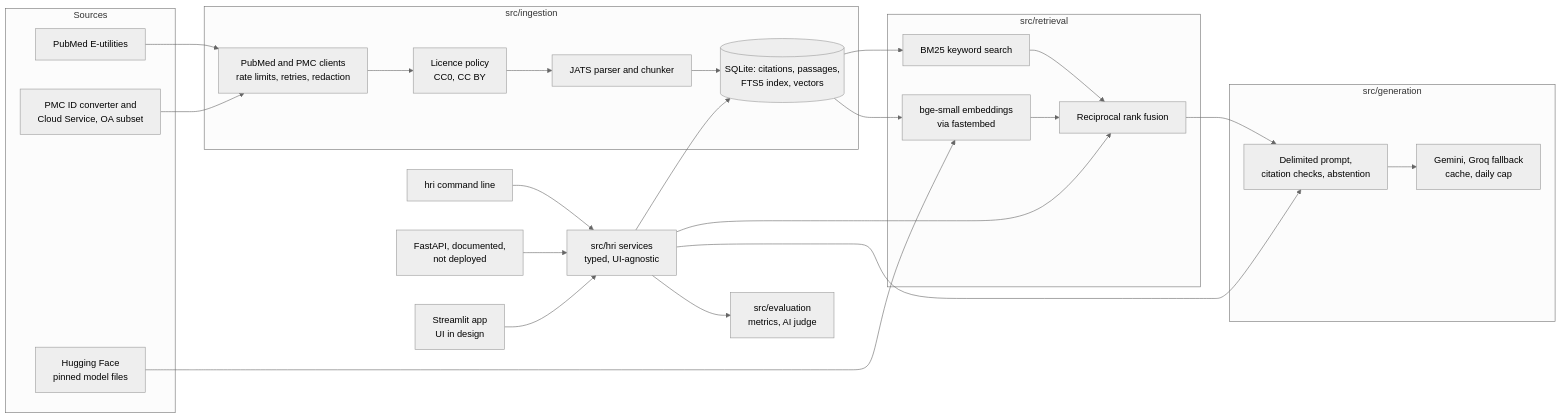
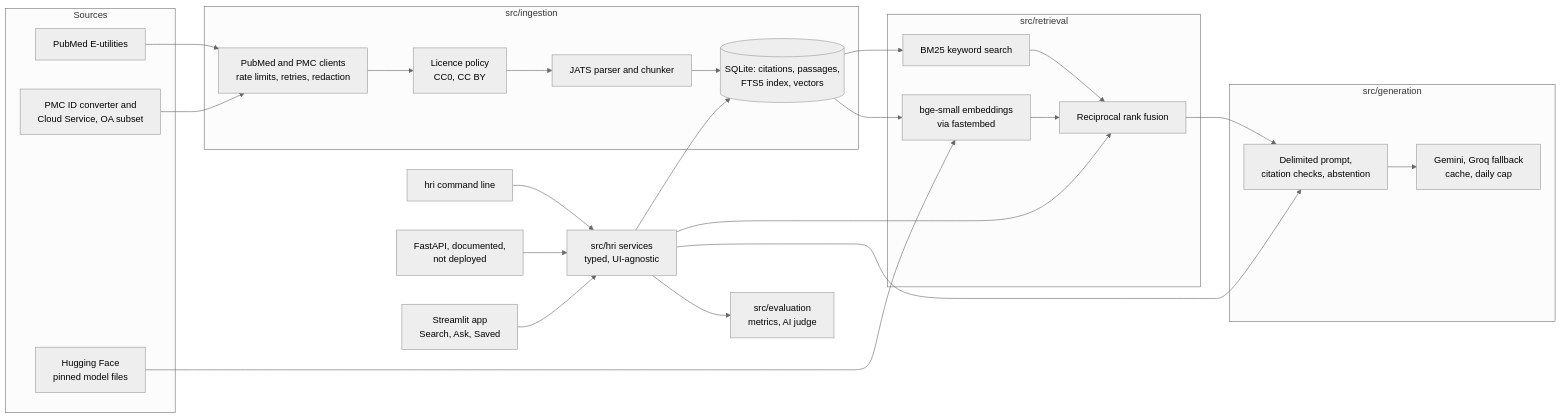
Before and after one commit to Ronitshah042/healthcare-research-intelligence: the diagram in README.md, drawn with Mermaid (neutral theme). The commit also changed other lines of this file and 16 other files, not shown here.

First line of the commit message:
Build the Streamlit UI to the owner's Bento Vitals design

````diff
--- a/README.md
+++ b/README.md
@@ -27,43 +27,43 @@
 ```mermaid
 flowchart LR
     subgraph Sources
         PM[PubMed E-utilities]
         PMC[PMC ID converter and<br/>Cloud Service, OA subset]
         HF[Hugging Face<br/>pinned model files]
     end
     subgraph ingestion["src/ingestion"]
         CL[PubMed and PMC clients<br/>rate limits, retries, redaction]
         LP[Licence policy<br/>CC0, CC BY]
         PA[JATS parser and chunker]
         DB[(SQLite: citations, passages,<br/>FTS5 index, vectors)]
     end
     subgraph retrieval["src/retrieval"]
         KW[BM25 keyword search]
         EM[bge-small embeddings<br/>via fastembed]
         HY[Reciprocal rank fusion]
     end
     subgraph generation["src/generation"]
         RAG[Delimited prompt,<br/>citation checks, abstention]
         LLM[Gemini, Groq fallback<br/>cache, daily cap]
     end
     EV[src/evaluation<br/>metrics, AI judge]
     SVC[src/hri services<br/>typed, UI-agnostic]
     CLI[hri command line]
     API[FastAPI, documented,<br/>not deployed]
-    APP[Streamlit app<br/>UI in design]
+    APP[Streamlit app<br/>Search, Ask, Saved]
 
     PM --> CL
     PMC --> CL
     CL --> LP --> PA --> DB
     HF --> EM
     DB --> KW --> HY
     DB --> EM --> HY
     HY --> RAG --> LLM
     SVC --> DB
     SVC --> HY
     SVC --> RAG
     SVC --> EV
     CLI --> SVC
     API --> SVC
     APP --> SVC
 ```
````
